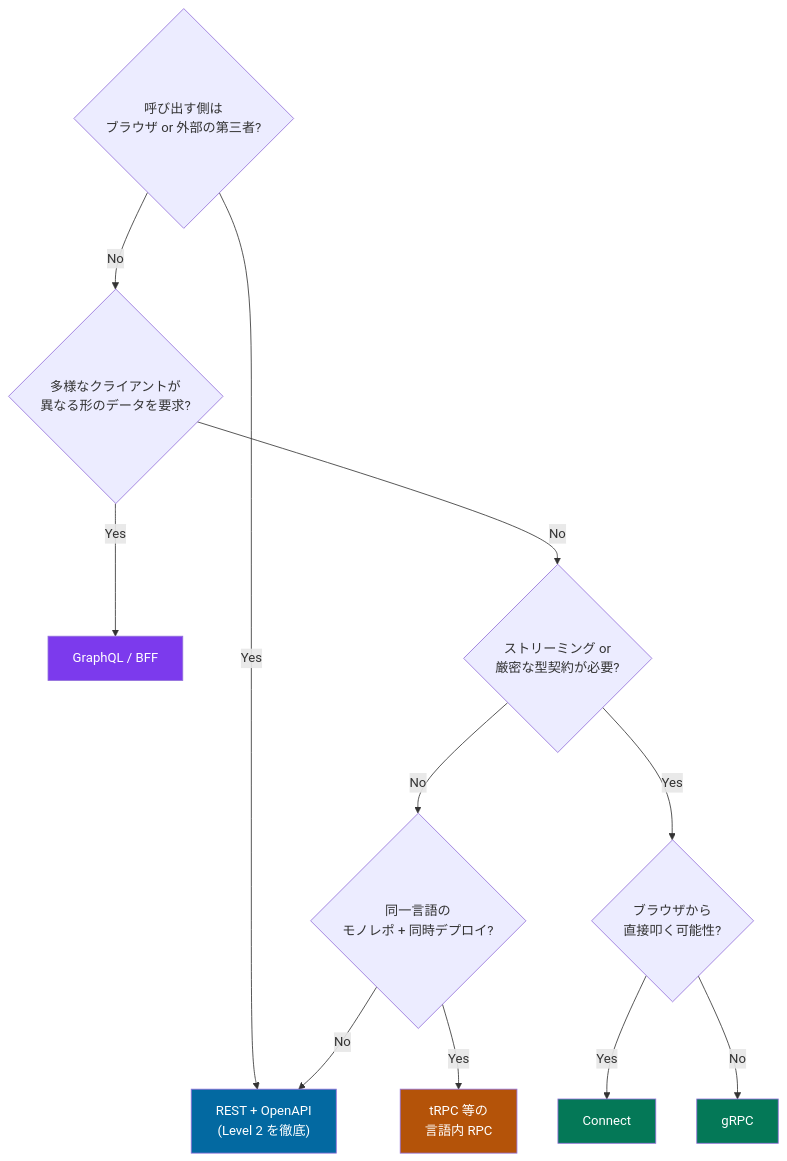
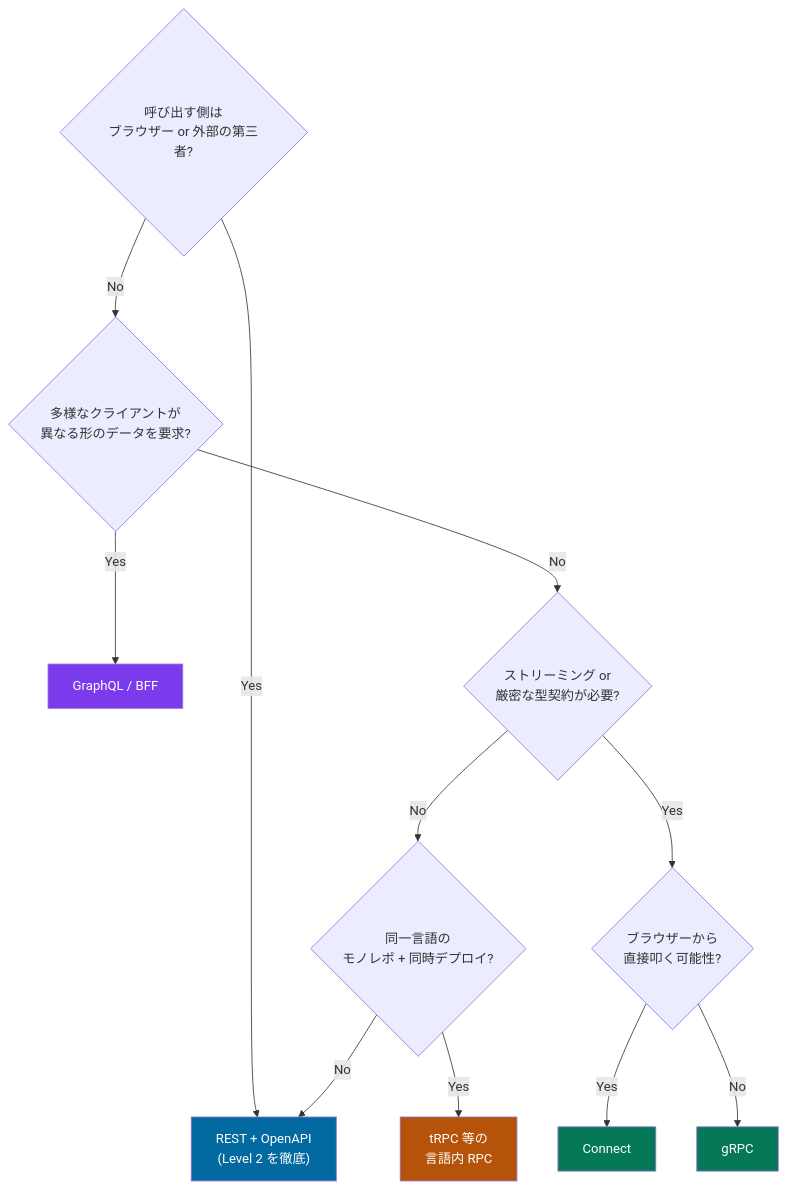
One commit to yoichiozaki/yoichiozaki.github.io changed the fourth of 6 diagrams in content/blog/ja/rpc-vs-rest.mdx. Above: the diagram before and after it, drawn with Mermaid. The commit also changed other lines of this file and 117 other files, not shown here.

````diff
--- a/content/blog/ja/rpc-vs-rest.mdx
+++ b/content/blog/ja/rpc-vs-rest.mdx
@@ -1114,19 +1114,19 @@
 ```mermaid
 graph TD
-    Q1{"呼び出す側は<br/>ブラウザ or 外部の第三者?"}
+    Q1{"呼び出す側は<br/>ブラウザー or 外部の第三者?"}
     Q1 -->|Yes| REST["REST + OpenAPI<br/>(Level 2 を徹底)"]
     Q1 -->|No| Q2{"多様なクライアントが<br/>異なる形のデータを要求?"}
     Q2 -->|Yes| GQL["GraphQL / BFF"]
     Q2 -->|No| Q3{"ストリーミング or<br/>厳密な型契約が必要?"}
     Q3 -->|No| Q4{"同一言語の<br/>モノレポ + 同時デプロイ?"}
     Q4 -->|Yes| TRPC["tRPC 等の<br/>言語内 RPC"]
     Q4 -->|No| REST
-    Q3 -->|Yes| Q5{"ブラウザから<br/>直接叩く可能性?"}
+    Q3 -->|Yes| Q5{"ブラウザーから<br/>直接叩く可能性?"}
     Q5 -->|Yes| CONNECT["Connect"]
     Q5 -->|No| GRPC["gRPC"]
     style REST fill:#0369a1,color:#ffffff
     style GRPC fill:#047857,color:#ffffff
     style CONNECT fill:#047857,color:#ffffff
     style GQL fill:#7c3aed,color:#ffffff
     style TRPC fill:#b45309,color:#ffffff
 ```
````
